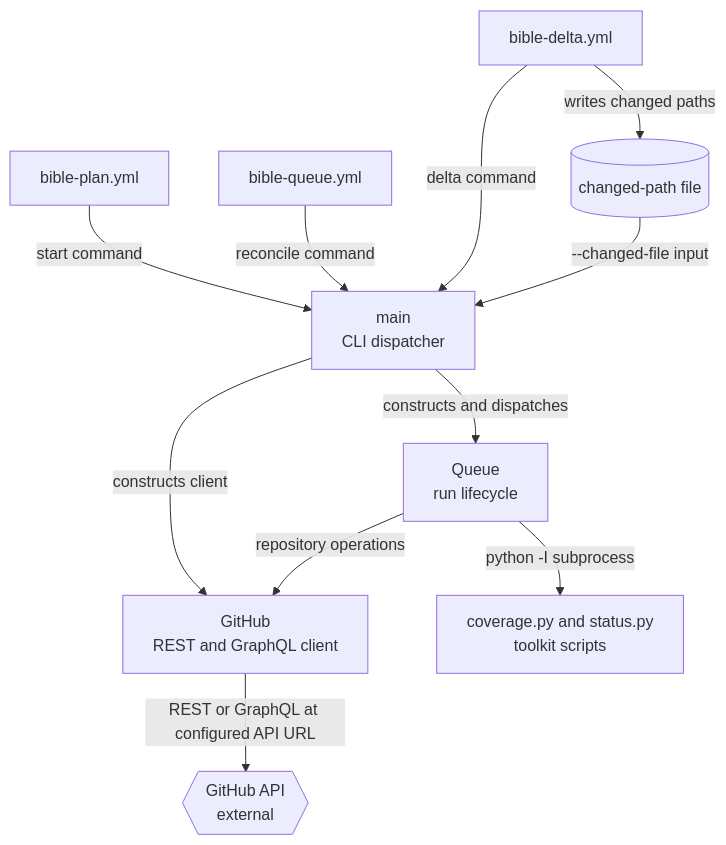
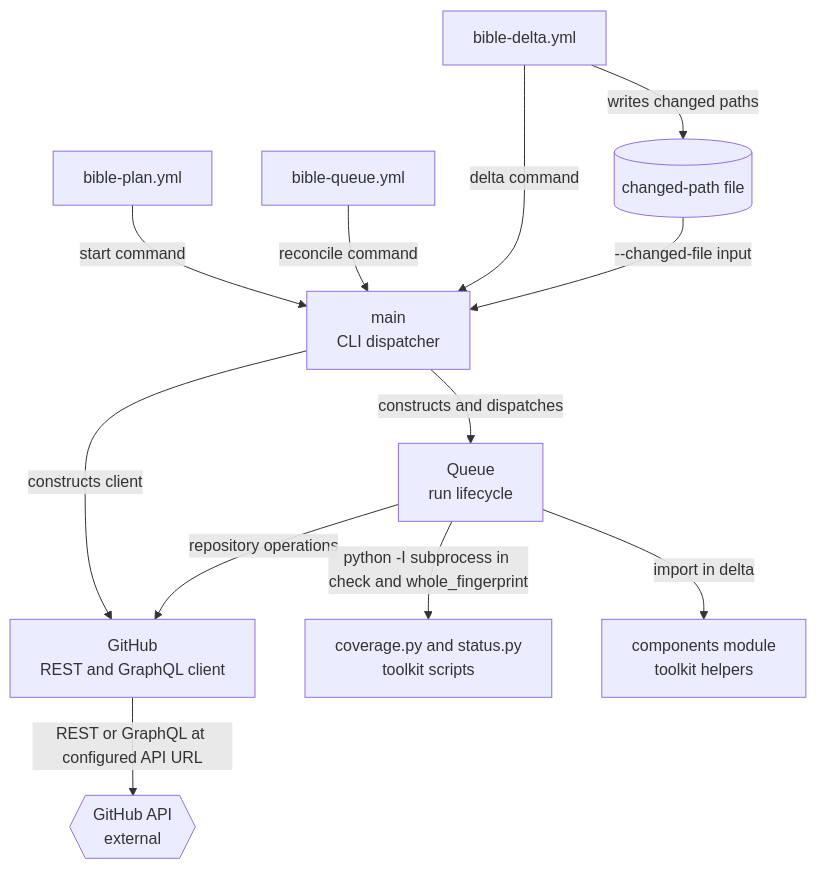
The first of 5 diagrams in codebase-analysis/lld/bible-mode-b/README.md (vishalc412/bible-mode-b-test), drawn with Mermaid before and after one commit. The commit also changed other lines of this file and 38 other files, not shown here.

````diff
--- a/codebase-analysis/lld/bible-mode-b/README.md
+++ b/codebase-analysis/lld/bible-mode-b/README.md
@@ -40,22 +40,24 @@
 ```mermaid
 flowchart TB
   planworkflow["bible-plan.yml"]
   queueworkflow["bible-queue.yml"]
   deltaworkflow["bible-delta.yml"]
   changedfile[("changed-path file")]
   main["main<br/>CLI dispatcher"]
   queue["Queue<br/>run lifecycle"]
   client["GitHub<br/>REST and GraphQL client"]
   scripts["coverage.py and status.py<br/>toolkit scripts"]
+  helpers["components module<br/>toolkit helpers"]
   api{{"GitHub API<br/>external"}}
   planworkflow -->|"start command"| main
   queueworkflow -->|"reconcile command"| main
   deltaworkflow -->|"delta command"| main
   deltaworkflow -->|"writes changed paths"| changedfile
   changedfile -->|"--changed-file input"| main
   main -->|"constructs and dispatches"| queue
   main -->|"constructs client"| client
   queue -->|"repository operations"| client
-  queue -->|"python -I subprocess"| scripts
+  queue -->|"python -I subprocess in check and whole_fingerprint"| scripts
+  queue -->|"import in delta"| helpers
   client -->|"REST or GraphQL at configured API URL"| api
 ```
````
